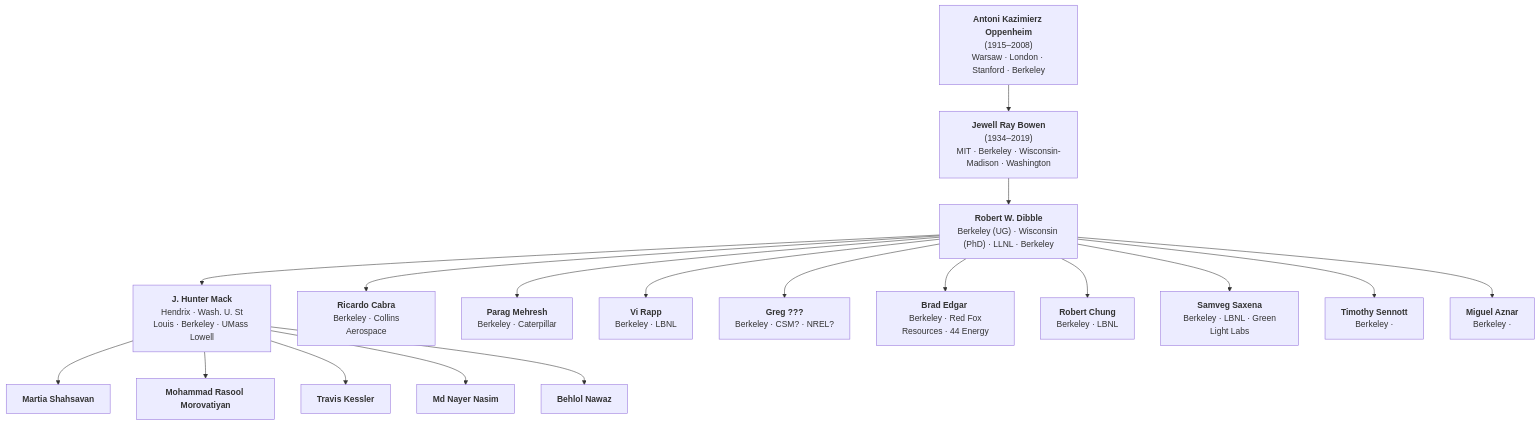
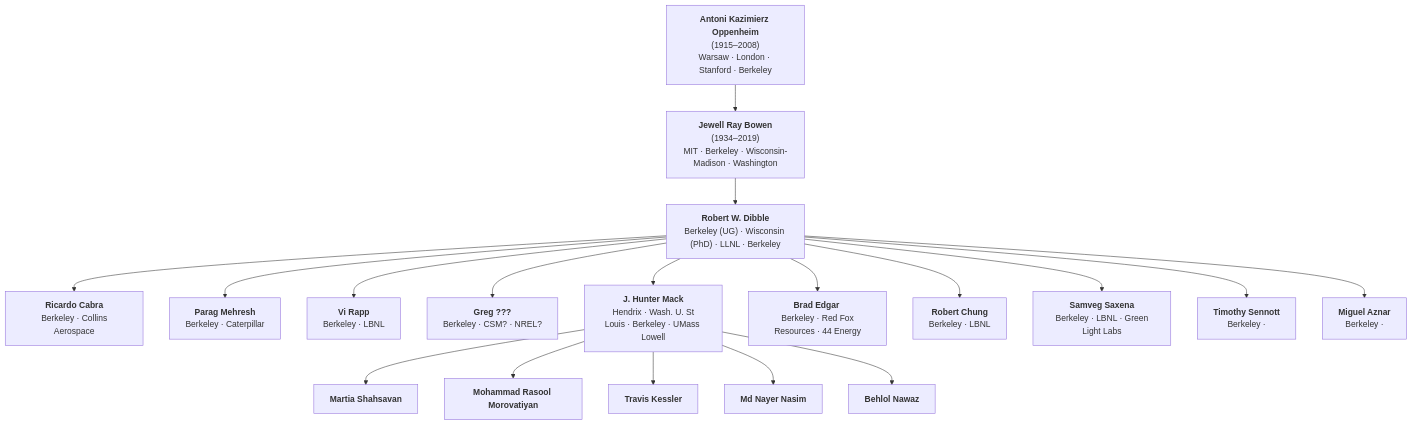
The diagram in acad_tree.md (bnawaz95/ECRL-acad-tree), drawn with Mermaid before and after one commit. The commit also changed other lines of this file, not shown here.

````diff
--- a/acad_tree.md
+++ b/acad_tree.md
@@ -1,45 +1,45 @@
 ```mermaid
 graph TD
     A["<b>Antoni Kazimierz Oppenheim</b><br/>(1915–2008)<br/>Warsaw · London · Stanford · Berkeley"]
 
     B["<b>Jewell Ray Bowen</b><br/>(1934–2019)<br/>MIT · Berkeley · Wisconsin-Madison · Washington"]
 
     C["<b>Robert W. Dibble</b><br/>Berkeley (UG) · Wisconsin (PhD) · LLNL · Berkeley"]
 
-    D0["<b>J. Hunter Mack</b><br/> Hendrix · Wash. U. St Louis · Berkeley · UMass Lowell"]
     D1["<b>Ricardo Cabra</b><br/> Berkeley · Collins Aerospace"]
     D2["<b>Parag Mehresh</b><br/> Berkeley · Caterpillar"]
     D3["<b>Vi Rapp</b><br/> Berkeley · LBNL"]
     D4["<b>Greg ???</b><br/> Berkeley · CSM? · NREL?"]
+    D0["<b>J. Hunter Mack</b><br/> Hendrix · Wash. U. St Louis · Berkeley · UMass Lowell"]
     D5["<b>Brad Edgar </b><br/> Berkeley · Red Fox Resources · 44 Energy"]
     D6["<b>Robert Chung</b><br/> Berkeley · LBNL"]
     D7["<b>Samveg Saxena</b><br/> Berkeley · LBNL · Green Light Labs"]
     D8["<b>Timothy Sennott</b><br/> Berkeley · "]
     D9["<b>Miguel Aznar</b><br/> Berkeley · "]
 
     E["<b>Martia Shahsavan</b>"]
     F["<b>Mohammad Rasool Morovatiyan</b>"]
     G["<b>Travis Kessler</b>"]
     H["<b>Md Nayer Nasim</b>"]
     I["<b>Behlol Nawaz</b>"]
 
     A --> B
     B --> C
 
     C --> D0
     C --> D1
     C --> D2
     C --> D3
     C --> D4
     C --> D5
     C --> D6
     C --> D7
     C --> D8
     C --> D9
 
     D0 --> E
     D0 --> F
     D0 --> G
     D0 --> H
     D0 --> I
 ```
````
